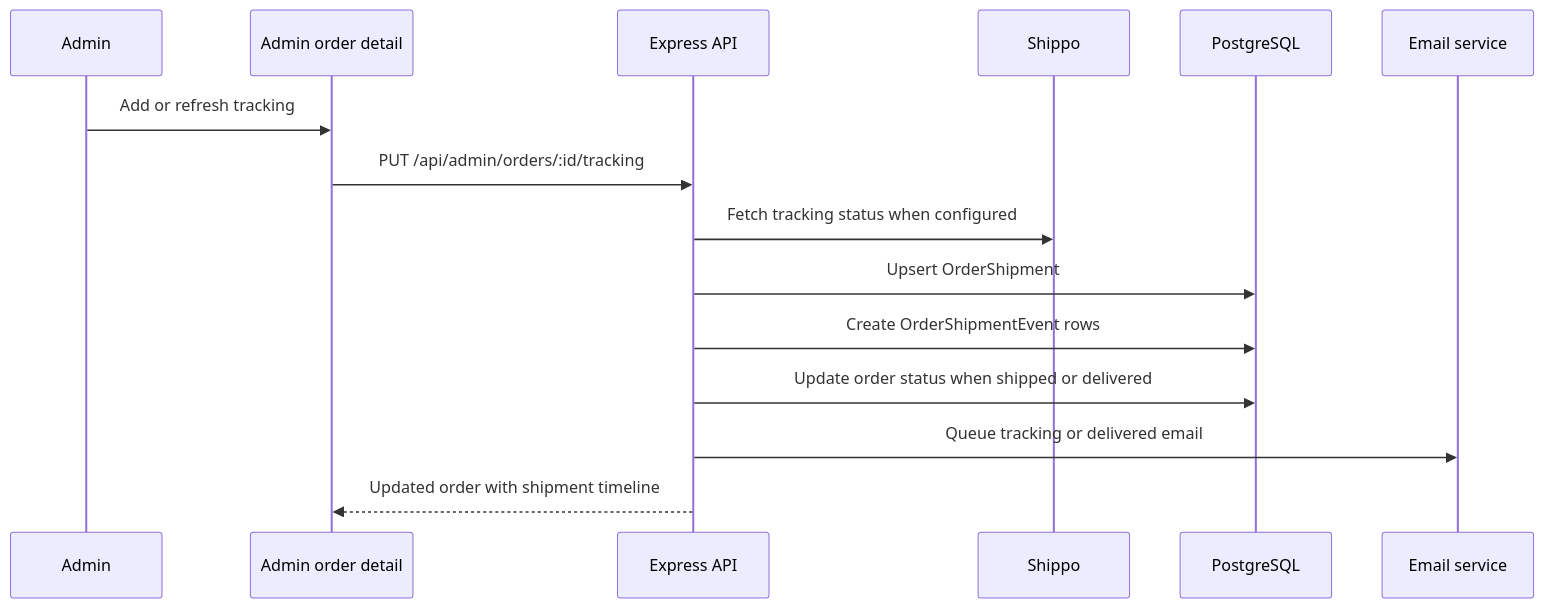
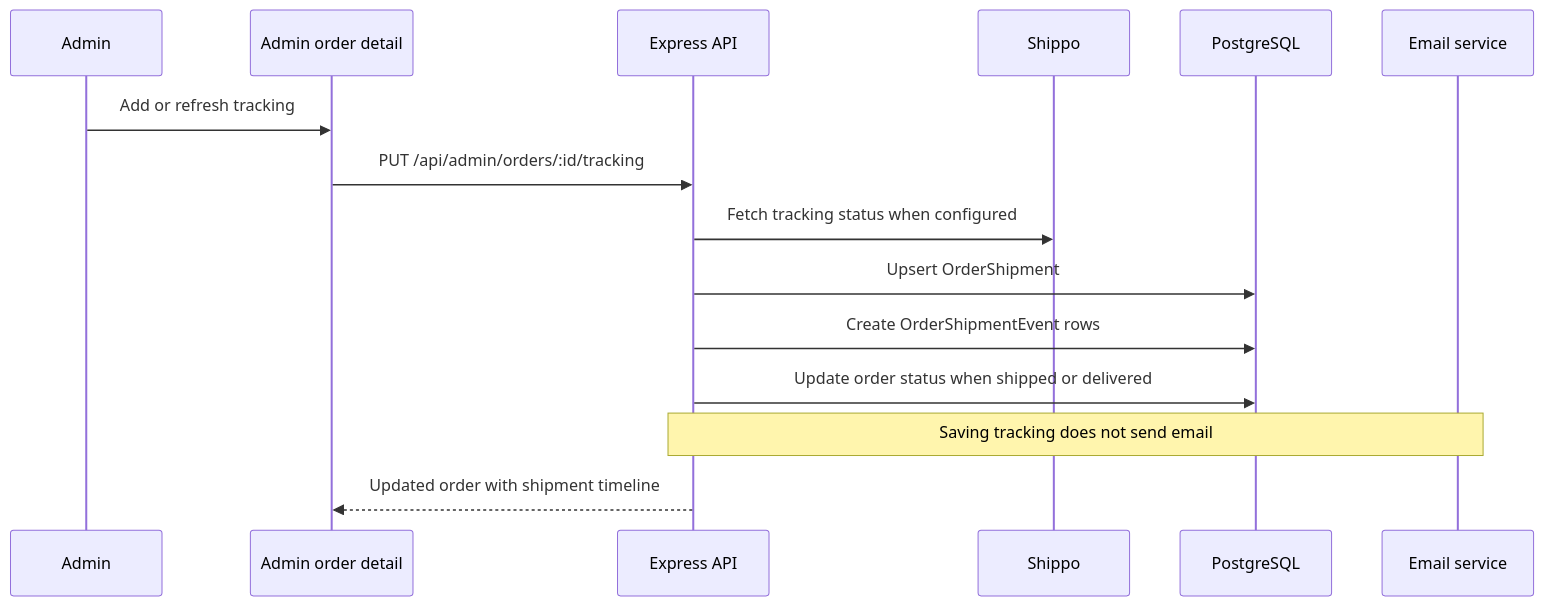
Before and after one commit to alvarezaaronAI/doggy-ent: the third of 4 diagrams in doggy_ent_vue/docs/architecture/mockdiagram.md, drawn with Mermaid. The commit also changed other lines of this file and 101 other files, not shown here.

````diff
--- a/doggy_ent_vue/docs/architecture/mockdiagram.md
+++ b/doggy_ent_vue/docs/architecture/mockdiagram.md
@@ -117,18 +114,18 @@
 ```mermaid
 sequenceDiagram
   participant Admin
   participant UI as Admin order detail
   participant API as Express API
   participant Shippo
   participant DB as PostgreSQL
   participant Email as Email service
 
   Admin->>UI: Add or refresh tracking
   UI->>API: PUT /api/admin/orders/:id/tracking
   API->>Shippo: Fetch tracking status when configured
   API->>DB: Upsert OrderShipment
   API->>DB: Create OrderShipmentEvent rows
   API->>DB: Update order status when shipped or delivered
-  API->>Email: Queue tracking or delivered email
+  Note over API,Email: Saving tracking does not send email
   API-->>UI: Updated order with shipment timeline
 ```
````
